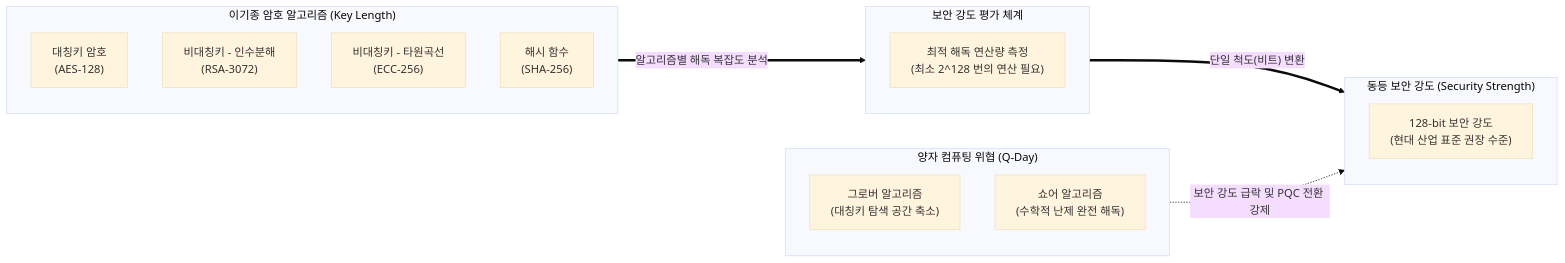
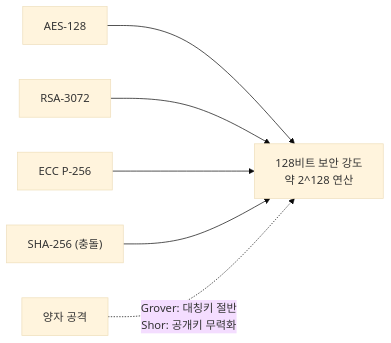
Before and after one commit to supremethumb/supremethumb.github.io: the diagram in content/01_IT Tech/암호학적 보안 강도.md, drawn with Mermaid (base theme). The commit also changed other lines of this file and 1087 other files, not shown here.

````diff
--- a/content/01_IT Tech/암호학적 보안 강도.md
+++ b/content/01_IT Tech/암호학적 보안 강도.md
@@ -27,32 +35,8 @@
 ```mermaid
 flowchart LR
-    subgraph Algorithms ["이기종 암호 알고리즘 (Key Length)"]
-        direction TB
-        Sym["대칭키 암호<br/>(AES-128)"]
-        Asym1["비대칭키 - 인수분해<br/>(RSA-3072)"]
-        Asym2["비대칭키 - 타원곡선<br/>(ECC-256)"]
-        Hash["해시 함수<br/>(SHA-256)"]
-    end
-
-    subgraph Evaluation ["보안 강도 평가 체계"]
-        direction TB
-        WorkFactor["최적 해독 연산량 측정<br/>(최소 2^128 번의 연산 필요)"]
-    end
-
-    subgraph Level ["동등 보안 강도 (Security Strength)"]
-        direction TB
-        L128["128-bit 보안 강도<br/>(현대 산업 표준 권장 수준)"]
-    end
-
-    Algorithms ==>|"알고리즘별 해독 복잡도 분석"| Evaluation
-    Evaluation ==>|"단일 척도(비트) 변환"| L128
-
-    subgraph Quantum_Threat ["양자 컴퓨팅 위협 (Q-Day)"]
-        direction TB
-        Grover["그로버 알고리즘<br/>(대칭키 탐색 공간 축소)"]
-        Shor["쇼어 알고리즘<br/>(수학적 난제 완전 해독)"]
-    end
-
-    Quantum_Threat -. "보안 강도 급락 및 PQC 전환 강제" .-> Level
-
+    A1["AES-128"] --> S["128비트 보안 강도<br/>약 2^128 연산"]
+    A2["RSA-3072"] --> S
+    A3["ECC P-256"] --> S
+    A4["SHA-256 (충돌)"] --> S
+    Q["양자 공격"] -.->|"Grover: 대칭키 절반<br/>Shor: 공개키 무력화"| S
 ```
````
